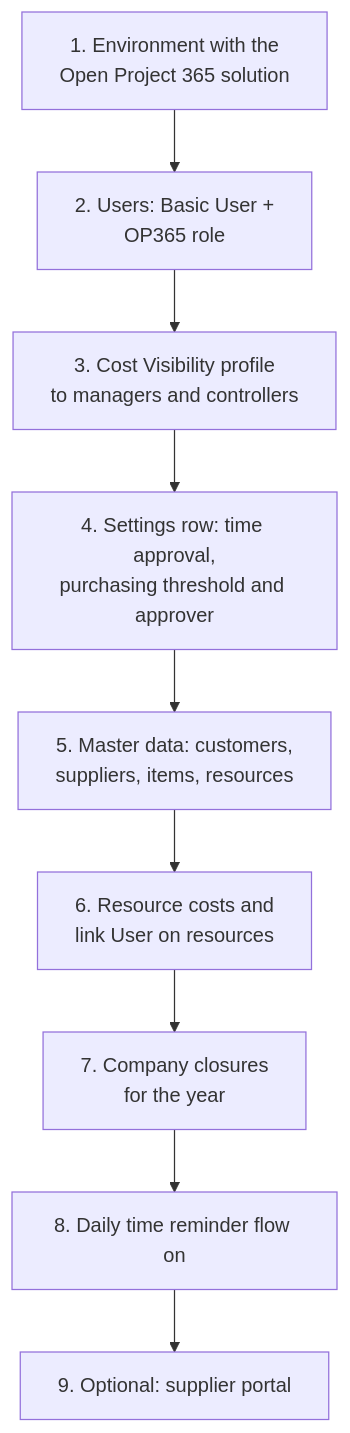
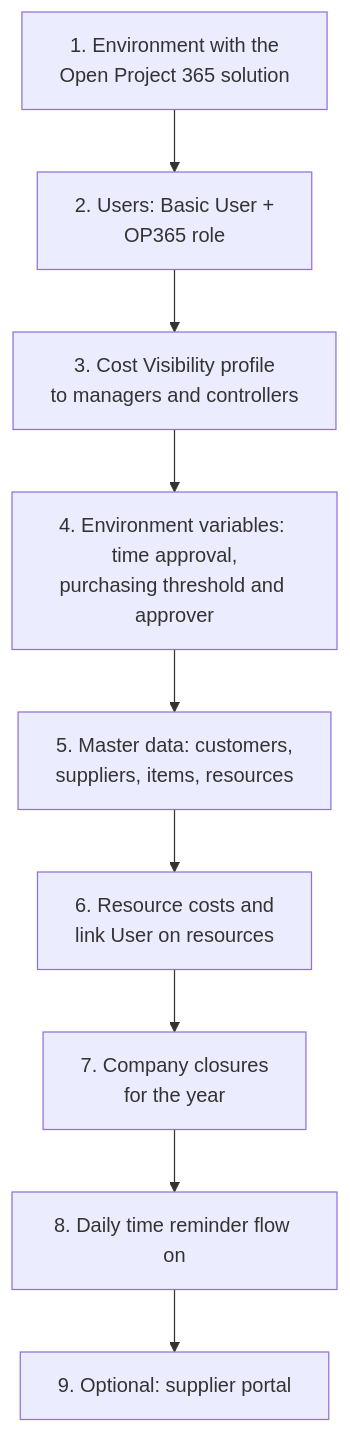
The first of 2 diagrams in docs/en/administration.md (Power-Builders-Italia/ProjectIQ), drawn with Mermaid before and after one commit. The commit also changed other lines of this file and 64 other files, not shown here.

First line of the commit message:
Company settings as environment variables (#22)

````diff
--- a/docs/en/administration.md
+++ b/docs/en/administration.md
@@ -10,11 +10,11 @@
 ```mermaid
 flowchart TD
     A[1. Environment with the<br/>Open Project 365 solution] --> B[2. Users: Basic User +<br/>OP365 role]
     B --> C[3. Cost Visibility profile<br/>to managers and controllers]
-    C --> D[4. Settings row: time approval,<br/>purchasing threshold and approver]
+    C --> D[4. Environment variables: time approval,<br/>purchasing threshold and approver]
     D --> E[5. Master data: customers,<br/>suppliers, items, resources]
     E --> F[6. Resource costs and<br/>link User on resources]
     F --> G[7. Company closures<br/>for the year]
     G --> H[8. Daily time reminder flow on]
     H --> I[9. Optional: supplier portal]
 ```
````
